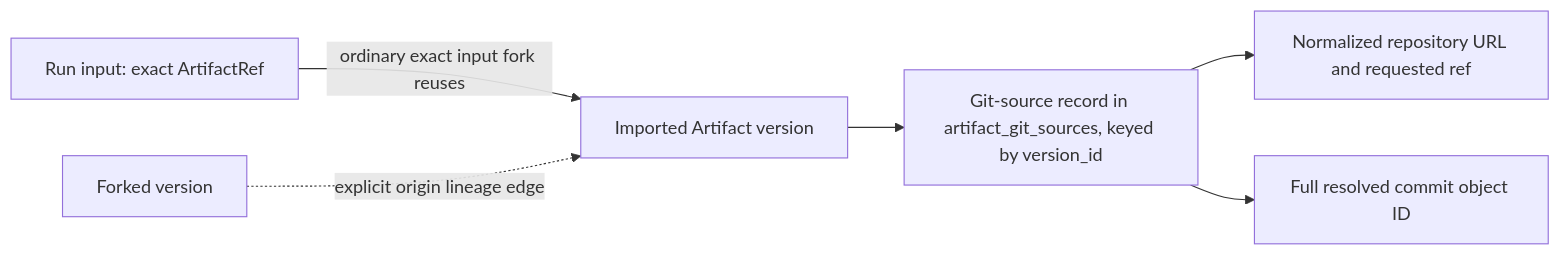
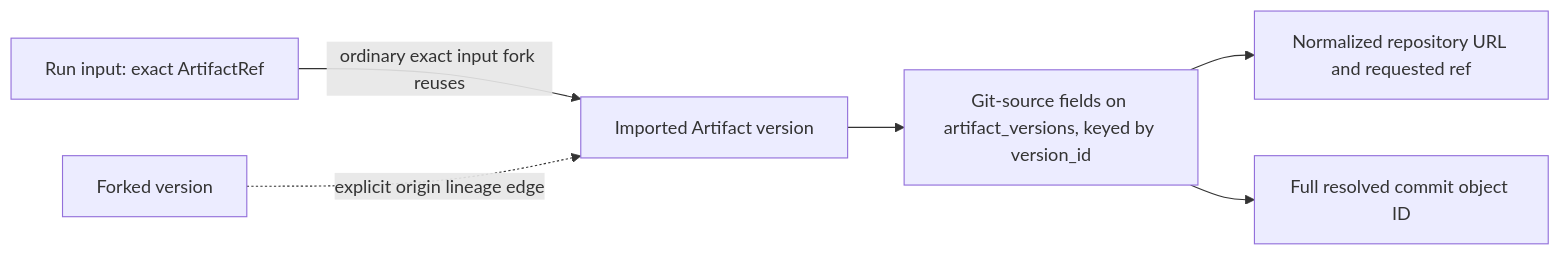
One commit to grauwolf32/contractor changed the second of 3 diagrams in docs/spec/artifacts/git-import.md. Above: the diagram before and after it, drawn with Mermaid. The commit also changed other lines of this file and 43 other files, not shown here.

First line of the commit message:
feat(git): import analysis sources with exclusion reports

````diff
--- a/docs/spec/artifacts/git-import.md
+++ b/docs/spec/artifacts/git-import.md
@@ -90,8 +91,8 @@
 ```mermaid
 flowchart LR
     RunInput["Run input: exact ArtifactRef"] -->|ordinary exact input fork reuses| Version["Imported Artifact version"]
     Forked["Forked version"] -.->|explicit origin lineage edge| Version
-    Version --> Record["Git-source record in artifact_git_sources, keyed by version_id"]
+    Version --> Record["Git-source fields on artifact_versions, keyed by version_id"]
     Record --> Repo["Normalized repository URL and requested ref"]
     Record --> Commit["Full resolved commit object ID"]
 ```
````
